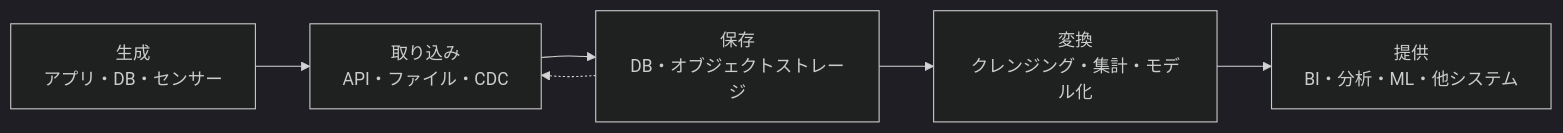
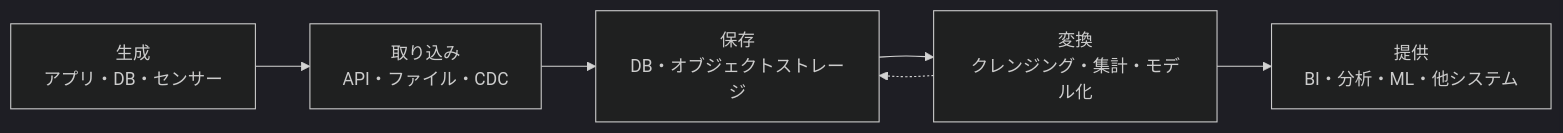
The first of 2 diagrams in book/basics/01-what-is-data-engineering.md (nebourocket/data-engineering-book), drawn with Mermaid (dark theme) before and after one commit. The commit also changed other lines of this file and 10 other files, not shown here.

````diff
--- a/book/basics/01-what-is-data-engineering.md
+++ b/book/basics/01-what-is-data-engineering.md
@@ -74,8 +83,8 @@
 ```mermaid
 flowchart LR
     G["生成<br/>アプリ・DB・センサー"] --> I["取り込み<br/>API・ファイル・CDC"]
     I --> S["保存<br/>DB・オブジェクトストレージ"]
     S --> T["変換<br/>クレンジング・集計・モデル化"]
     T --> V["提供<br/>BI・分析・ML・他システム"]
-    S -.-> I
+    T -.-> S
 ```
````
